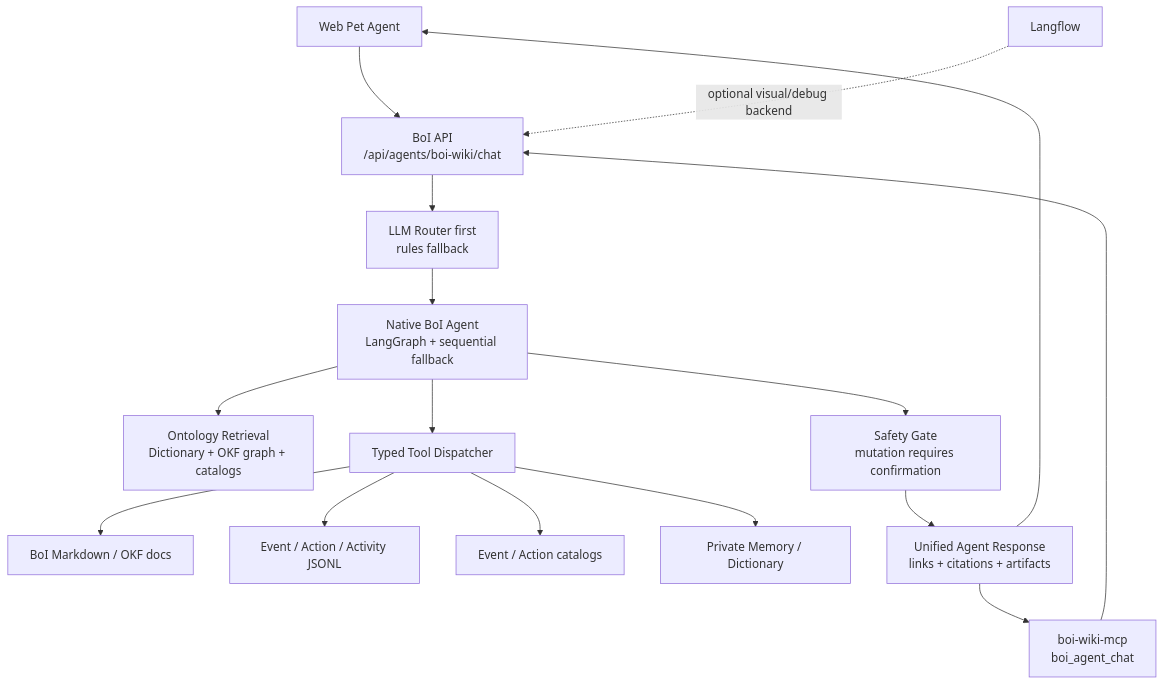
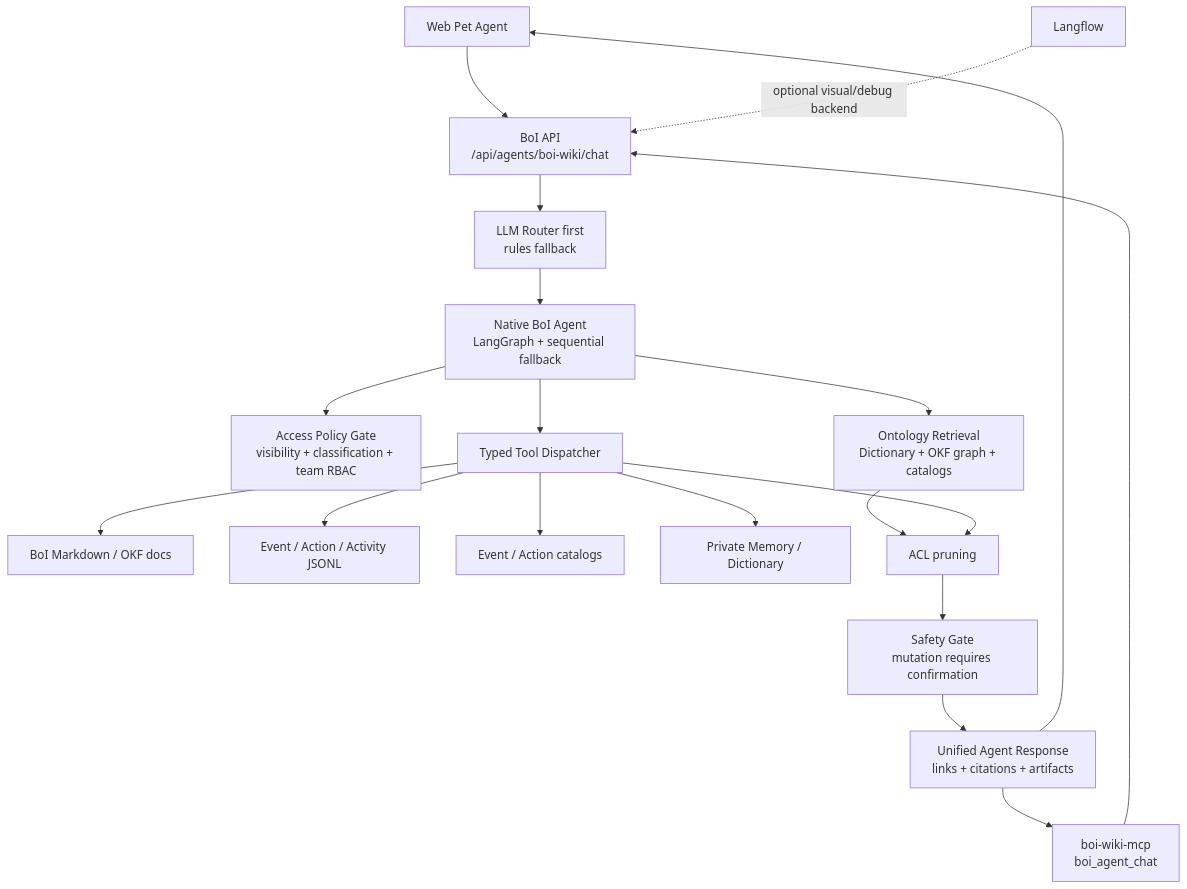
One commit to chokukil/boi-wiki changed the diagram in data/boi/public/boi-wiki-manual/agent/native-boi-agent-architecture.md. Above: the diagram before and after it, drawn with Mermaid. The commit also changed other lines of this file and 22 other files, not shown here.

Commit message:
Add BoI Agent RBAC guardrails and UX docs

````diff
--- a/data/boi/public/boi-wiki-manual/agent/native-boi-agent-architecture.md
+++ b/data/boi/public/boi-wiki-manual/agent/native-boi-agent-architecture.md
@@ -36,18 +36,21 @@
 ```mermaid
 flowchart TD
   UI["Web Pet Agent"] --> API["BoI API<br/>/api/agents/boi-wiki/chat"]
   MCP["boi-wiki-mcp<br/>boi_agent_chat"] --> API
   API --> ROUTER["LLM Router first<br/>rules fallback"]
   ROUTER --> AGENT["Native BoI Agent<br/>LangGraph + sequential fallback"]
+  AGENT --> ACL["Access Policy Gate<br/>visibility + classification + team RBAC"]
   AGENT --> RET["Ontology Retrieval<br/>Dictionary + OKF graph + catalogs"]
   AGENT --> TOOLS["Typed Tool Dispatcher"]
   TOOLS --> DOCS["BoI Markdown / OKF docs"]
   TOOLS --> LOGS["Event / Action / Activity JSONL"]
   TOOLS --> CAT["Event / Action catalogs"]
   TOOLS --> MEM["Private Memory / Dictionary"]
-  AGENT --> SAFE["Safety Gate<br/>mutation requires confirmation"]
+  RET --> ACL2["ACL pruning"]
+  TOOLS --> ACL2
+  ACL2 --> SAFE["Safety Gate<br/>mutation requires confirmation"]
   SAFE --> OUT["Unified Agent Response<br/>links + citations + artifacts"]
   OUT --> UI
   OUT --> MCP
   LF["Langflow"] -. "optional visual/debug backend" .-> API
 ```
````
